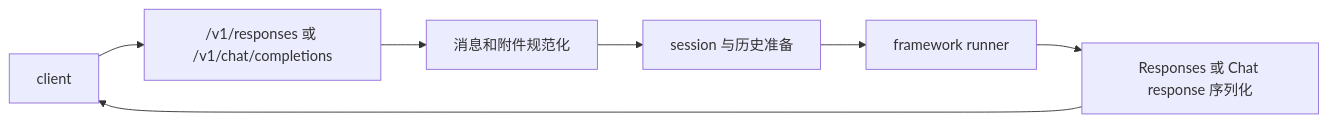
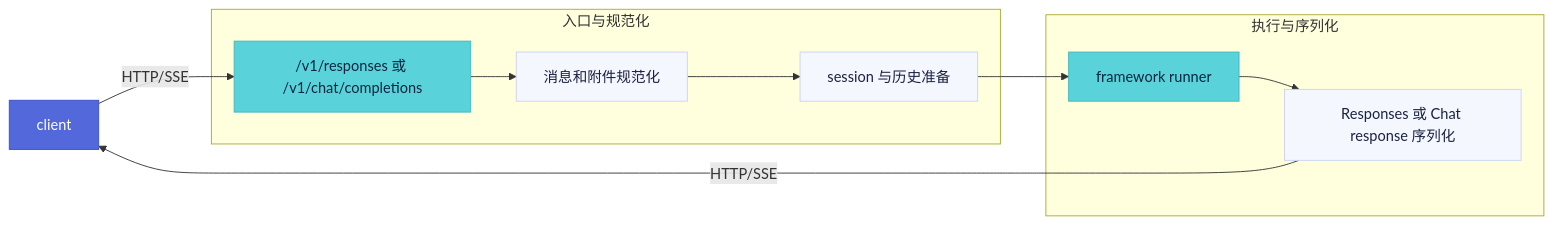
One commit to kingsoftcloud/ksadk-python changed the second of 2 diagrams in docs-site/content/docs/references/openai-compatible-api.mdx. Above: the diagram before and after it, drawn with Mermaid. The commit also changed other lines of this file and 33 other files, not shown here.

````diff
--- a/docs-site/content/docs/references/openai-compatible-api.mdx
+++ b/docs-site/content/docs/references/openai-compatible-api.mdx
@@ -342,9 +478,26 @@
 ```mermaid
 flowchart LR
-  Client["client"] --> API["/v1/responses 或 /v1/chat/completions"]
+  Client["client"] -->|HTTP/SSE| API["/v1/responses 或 /v1/chat/completions"]
   API --> Normalize["消息和附件规范化"]
   Normalize --> Session["session 与历史准备"]
   Session --> Runner["framework runner"]
   Runner --> Serialize["Responses 或 Chat response 序列化"]
-  Serialize --> Client
+  Serialize -->|HTTP/SSE| Client
+
+  subgraph ingress["入口与规范化"]
+    API
+    Normalize
+    Session
+  end
+  subgraph exec["执行与序列化"]
+    Runner
+    Serialize
+  end
+
+  classDef brand fill:#5368db,stroke:#3b4cc7,color:#fff
+  classDef accent fill:#59d3d9,stroke:#3fb8be,color:#0a2540
+  classDef neutral fill:#f5f7ff,stroke:#c9d2f5,color:#1a2240
+  class Client brand
+  class API,Runner accent
+  class Normalize,Session,Serialize neutral
 ```
````
